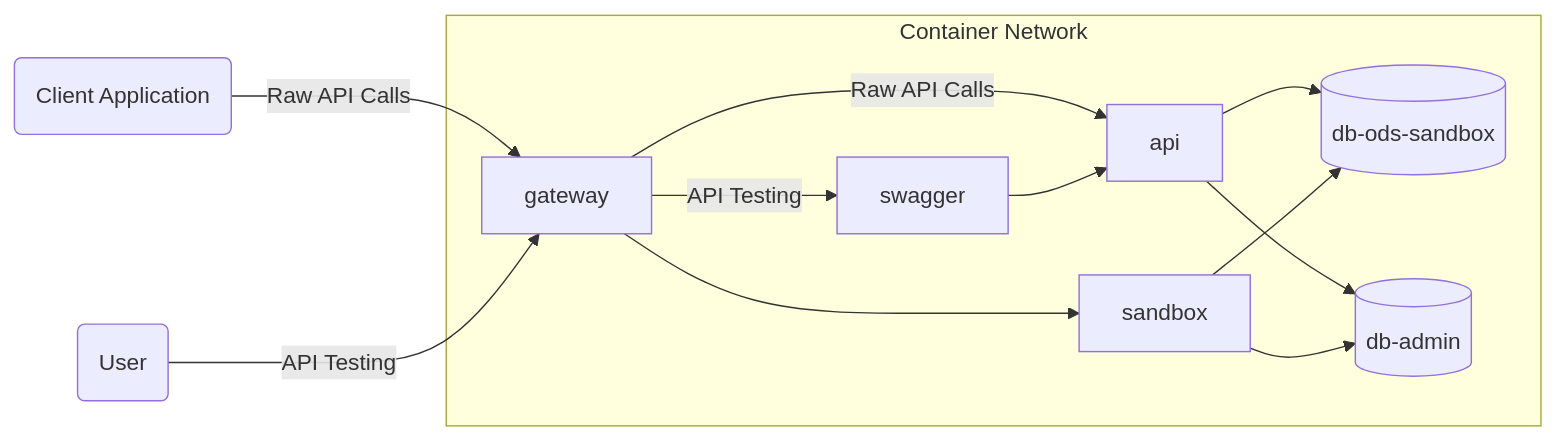
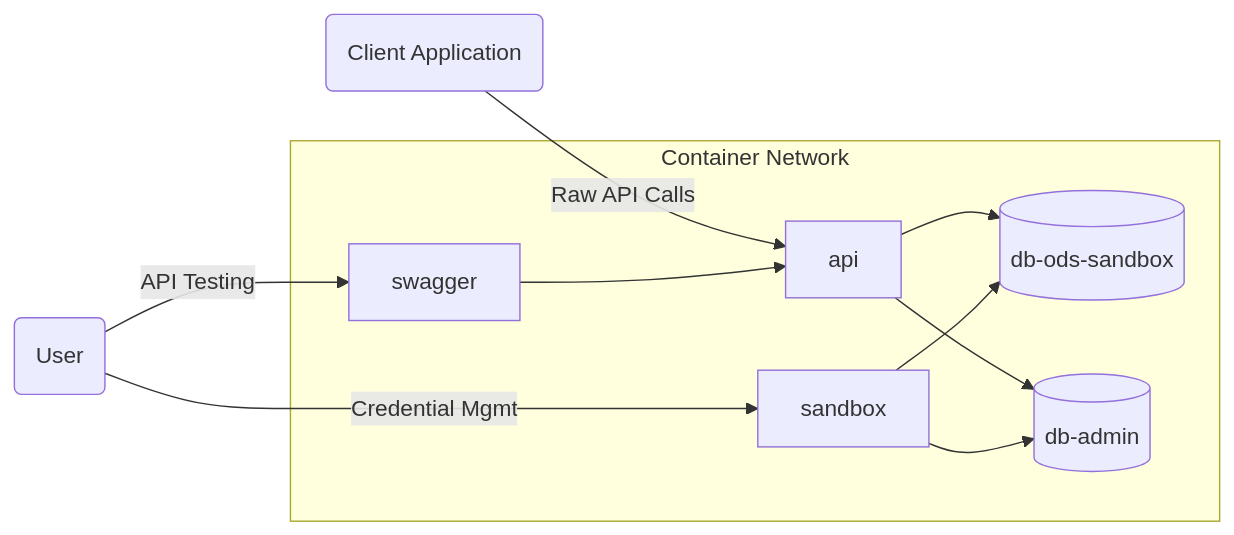
Before and after one commit to Ed-Fi-Alliance-OSS/Ed-Fi-ODS-Implementation: the second of 2 diagrams in Docker/README.md, drawn with Mermaid. The commit also changed other lines of this file, not shown here.

Commit message:
Remove gateway from readme

````diff
--- a/Docker/README.md
+++ b/Docker/README.md
@@ -102,23 +99,20 @@
 ```mermaid
 flowchart LR
-    A(Client Application) -->|Raw API Calls| B[gateway]
-    B -->|Raw API Calls| C[api]
+    A(Client Application) -->|Raw API Calls| C[api]
     C --> D[(db-ods-sandbox)]
     C --> E[(db-admin)]
-    B --> H[sandbox]
     H --> D
     H --> E
-
-    F(User) -->|API Testing| B
-    B -->|API Testing| G[swagger]
     G --> C
 
+    F(User) -->|API Testing| G[swagger]
+    F -->|Credential Mgmt| H[sandbox]
+
     subgraph Container Network
-        B
         C
         D
         E
         G
         H
     end
 ```
````
